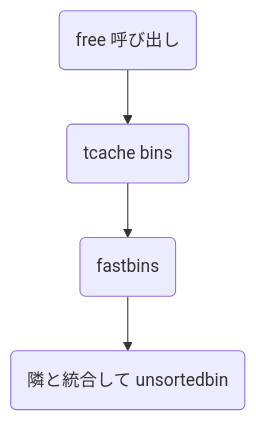
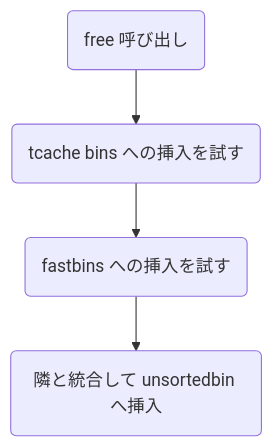
One commit to anko9801/zenn-docs changed the second of 2 diagrams in articles/ctf-heap-exploits.md. Above: the diagram before and after it, drawn with Mermaid. The commit also changed other lines of this file, not shown here.

````diff
--- a/articles/ctf-heap-exploits.md
+++ b/articles/ctf-heap-exploits.md
@@ -140,6 +140,6 @@
 ```mermaid
 graph TD
     0(free 呼び出し) --> A
-    A(tcache bins) --> B(fastbins)
-    B --> C(隣と統合して unsortedbin)
+    A(tcache bins への挿入を試す) --> B(fastbins への挿入を試す)
+    B --> C(隣と統合して unsortedbin へ挿入)
 ```
````
